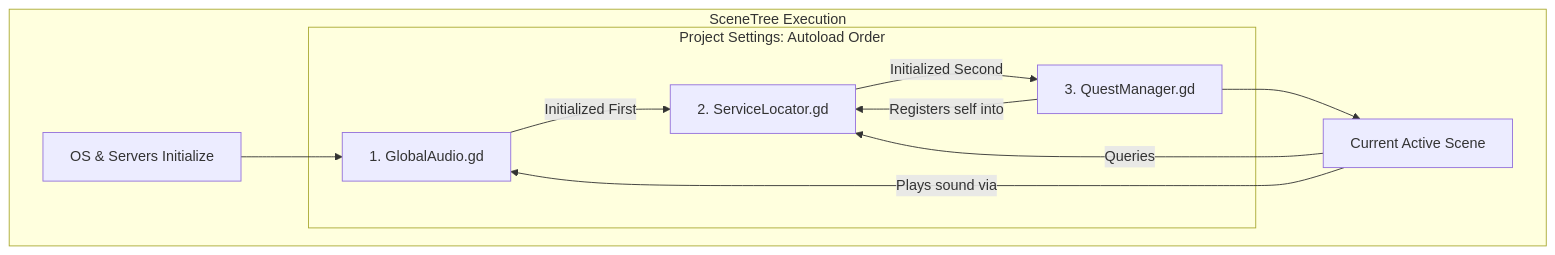
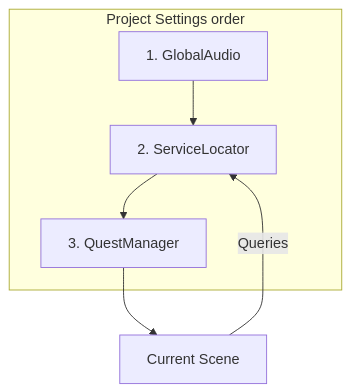
The diagram in skills/godot-master/references/autoload-architecture.md (thedivergentai/GD-Agentic-Skills), drawn with Mermaid before and after one commit. The commit also changed other lines of this file and 2654 other files, not shown here.

````diff
--- a/skills/godot-master/references/autoload-architecture.md
+++ b/skills/godot-master/references/autoload-architecture.md
@@ -273,18 +92,9 @@
 ```mermaid
 graph TD
-    subgraph SceneTree [SceneTree Execution]
-        A[OS & Servers Initialize] --> B
-        
-        subgraph Autoloads [Project Settings: Autoload Order]
-            B[1. GlobalAudio.gd] -->|Initialized First| C[2. ServiceLocator.gd]
-            C -->|Initialized Second| D[3. QuestManager.gd]
-        end
-        
-        D --> E[Current Active Scene]
+    subgraph Autoloads [Project Settings order]
+        B[1. GlobalAudio] --> C[2. ServiceLocator]
+        C --> D[3. QuestManager]
     end
-
-    %% Dependency Coupling
+    D --> E[Current Scene]
     E -->|Queries| C
-    D -->|Registers self into| C
-    E -->|Plays sound via| B
 ```
````
